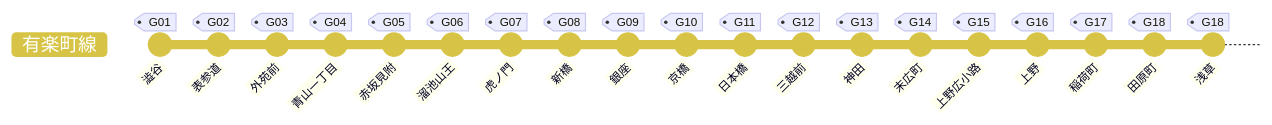
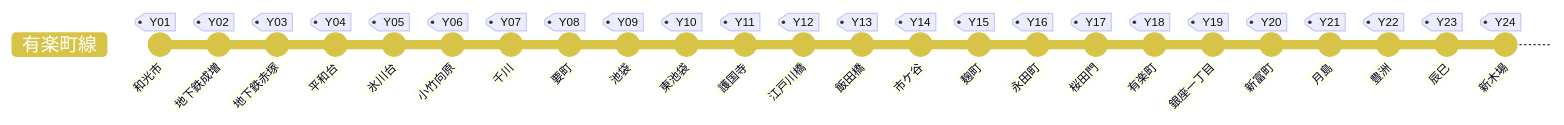
Before and after one commit to k-haruaki/tokyo-metro: the diagram in 06_YurakuchoLine.md, drawn with Mermaid.

Commit message:
有楽町線の作成

````diff
--- a/06_YurakuchoLine.md
+++ b/06_YurakuchoLine.md
@@ -1,23 +1,28 @@
 ```mermaid
 %%{ init: { 'themeVariables': { 'git0': '#d7c447' },'gitGraph':{'mainBranchName': '有楽町線'} } }%%
 gitGraph
-    commit id: "澁谷" tag: "G01"
-    commit id: "表参道" tag: "G02"
-    commit id: "外苑前" tag: "G03"
-    commit id: "青山一丁目" tag: "G04"
-    commit id: "赤坂見附" tag: "G05"
-    commit id: "溜池山王" tag: "G06"
-    commit id: "虎ノ門" tag: "G07"
-    commit id: "新橋" tag: "G08"
-    commit id: "銀座" tag: "G09"
-    commit id: "京橋" tag: "G10"
-    commit id: "日本橋" tag: "G11"
-    commit id: "三越前" tag: "G12"
-    commit id: "神田" tag: "G13"
-    commit id: "末広町" tag: "G14"
-    commit id: "上野広小路" tag: "G15"
-    commit id: "上野" tag: "G16"
-    commit id: "稲荷町" tag: "G17"
-    commit id: "田原町" tag: "G18"
-    commit id: "浅草" tag: "G18"
+    commit id: "和光市" tag: "Y01"
+    commit id: "地下鉄成増" tag: "Y02"
+    commit id: "地下鉄赤塚" tag: "Y03"
+    commit id: "平和台" tag: "Y04"
+    commit id: "氷川台" tag: "Y05"
+    commit id: "小竹向原" tag: "Y06"
+    commit id: "千川" tag: "Y07"
+    commit id: "要町" tag: "Y08"
+    commit id: "池袋" tag: "Y09"
+    commit id: "東池袋" tag: "Y10"
+    commit id: "護国寺" tag: "Y11"
+    commit id: "江戸川橋" tag: "Y12"
+    commit id: "飯田橋" tag: "Y13"
+    commit id: "市ケ谷" tag: "Y14"
+    commit id: "麹町" tag: "Y15"
+    commit id: "永田町" tag: "Y16"
+    commit id: "桜田門" tag: "Y17"
+    commit id: "有楽町" tag: "Y18"
+    commit id: "銀座一丁目" tag: "Y19"
+    commit id: "新富町" tag: "Y20"
+    commit id: "月島" tag: "Y21"
+    commit id: "豊洲" tag: "Y22"
+    commit id: "辰巳" tag: "Y23"
+    commit id: "新木場" tag: "Y24"
 ```
````
